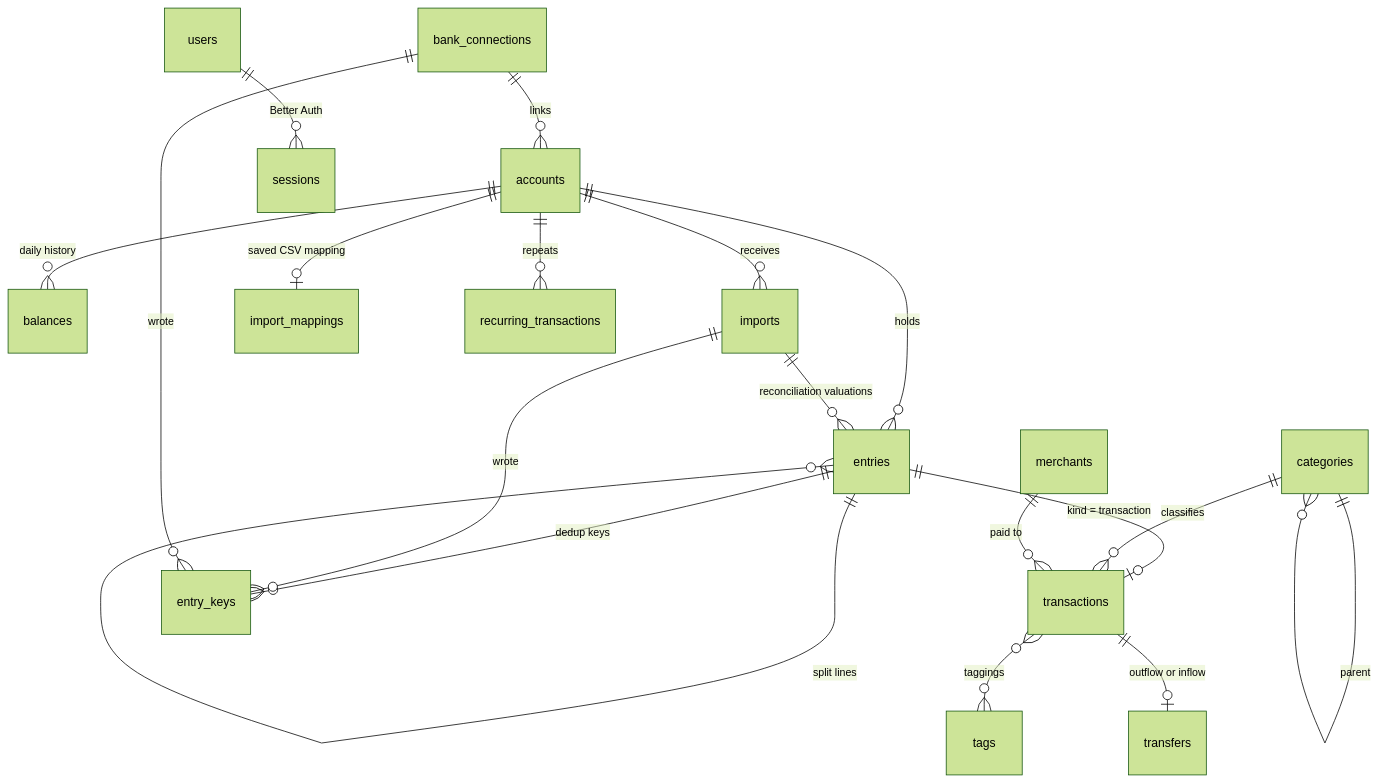
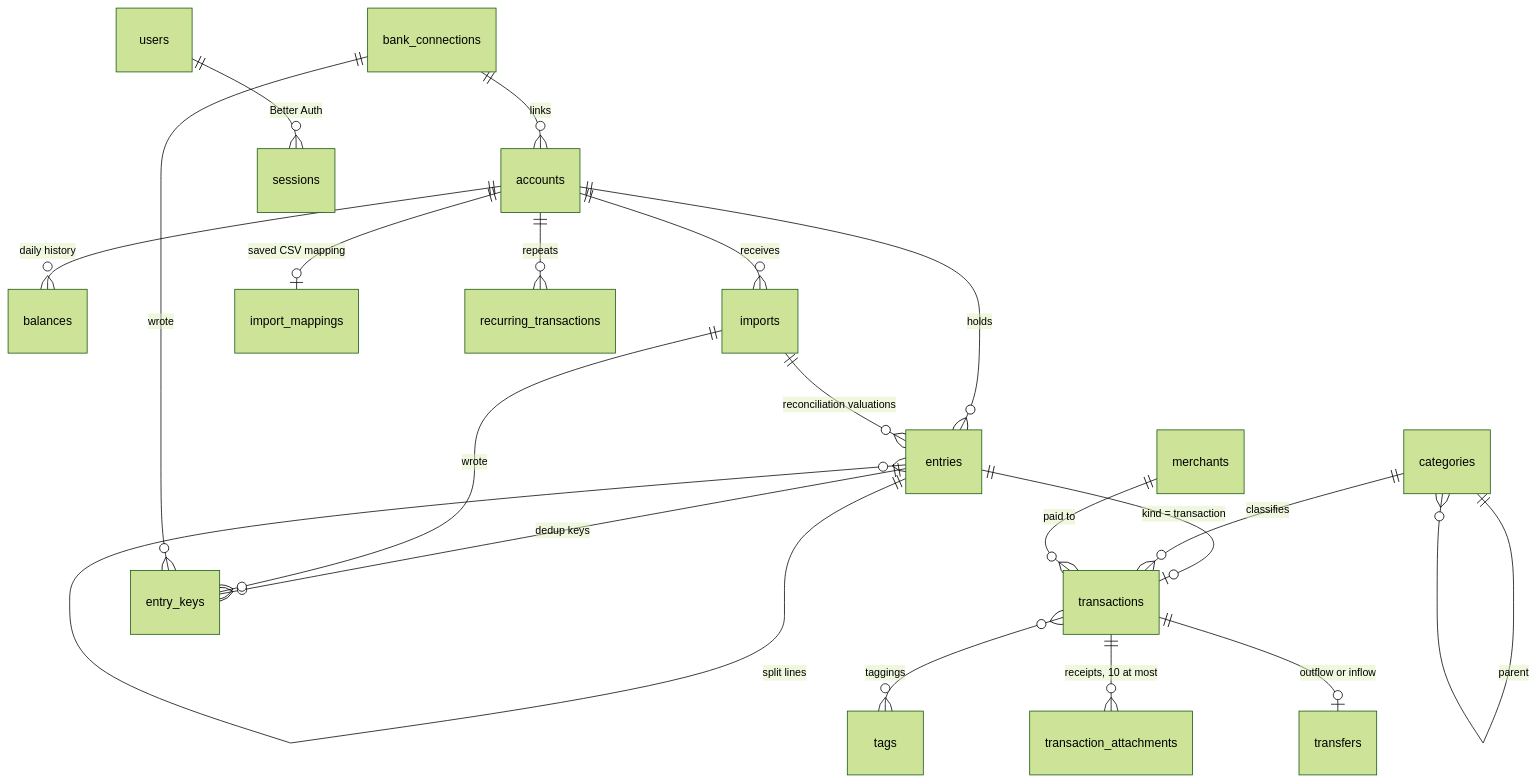
The second of 3 diagrams in docs/architecture.md (leger-dosage/archant), drawn with Mermaid (forest theme) before and after one commit. The commit also changed other lines of this file and 51 other files, not shown here.

````diff
--- a/docs/architecture.md
+++ b/docs/architecture.md
@@ -276,21 +276,22 @@
 ```mermaid
 erDiagram
   accounts ||--o{ entries : holds
   accounts ||--o{ balances : "daily history"
   entries ||--o| transactions : "kind = transaction"
   entries ||--o{ entry_keys : "dedup keys"
   entries ||--o{ entries : "split lines"
   imports ||--o{ entry_keys : wrote
   imports ||--o{ entries : "reconciliation valuations"
   accounts ||--o{ imports : receives
   accounts ||--o| import_mappings : "saved CSV mapping"
   categories ||--o{ transactions : classifies
   categories ||--o{ categories : parent
   merchants ||--o{ transactions : "paid to"
   transactions }o--o{ tags : taggings
+  transactions ||--o{ transaction_attachments : "receipts, 10 at most"
   transactions ||--o| transfers : "outflow or inflow"
   bank_connections ||--o{ accounts : links
   bank_connections ||--o{ entry_keys : wrote
   accounts ||--o{ recurring_transactions : repeats
   users ||--o{ sessions : "Better Auth"
 ```
````
